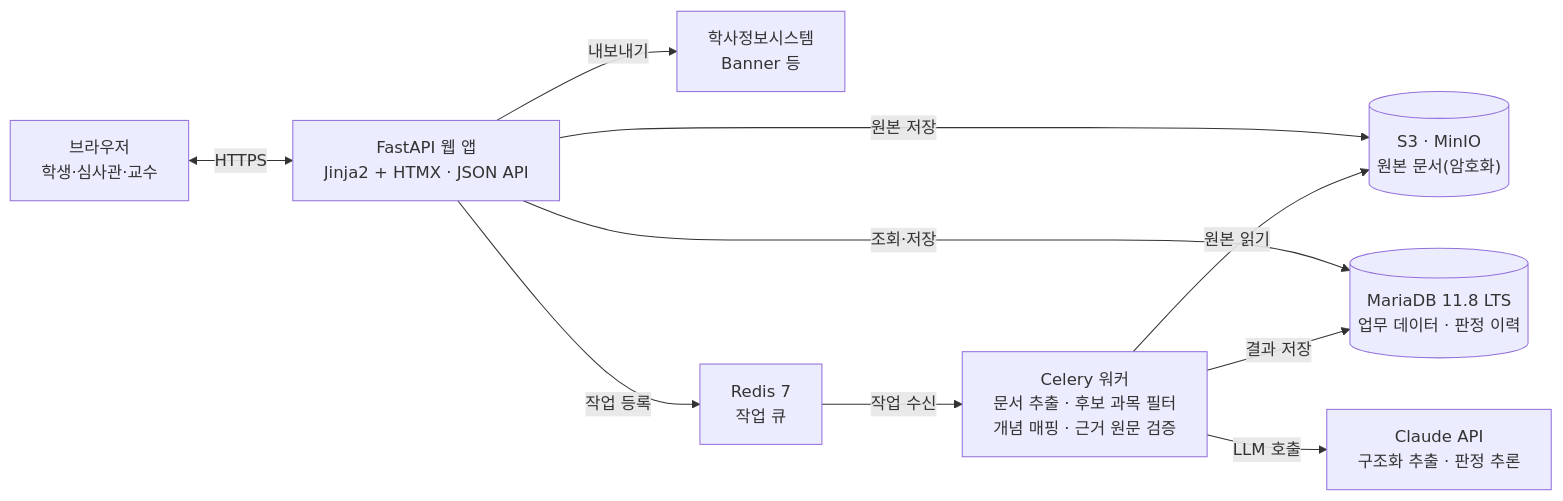
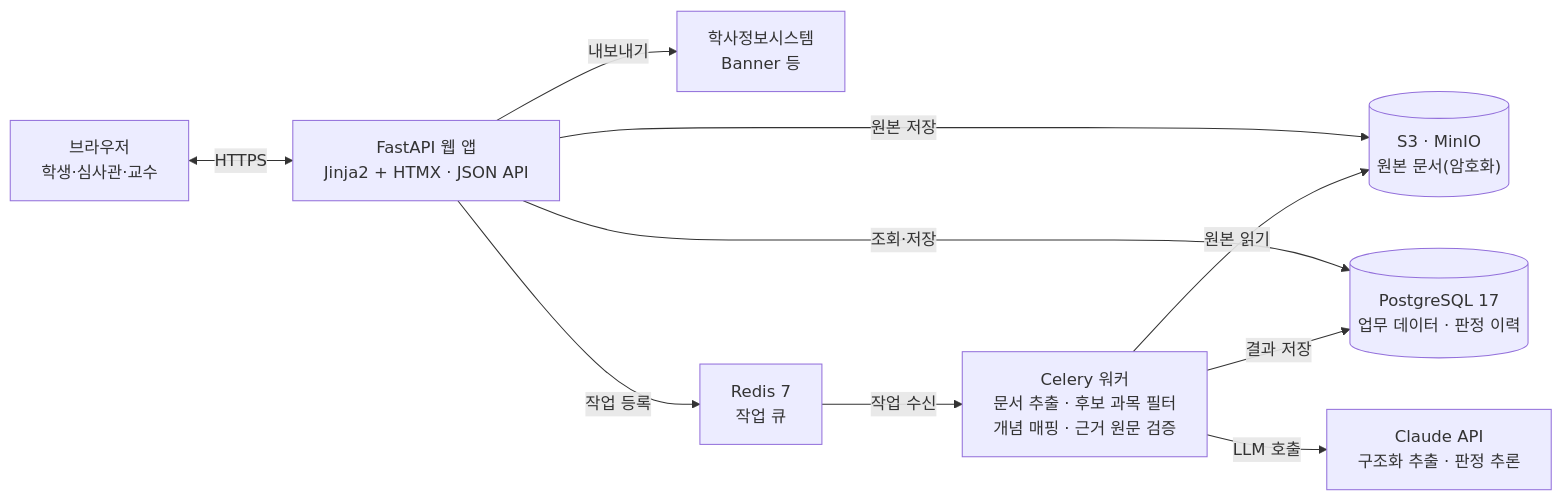
The diagram in docs/spec.md (Hyeonwoo01/CreditBridge_AI), drawn with Mermaid before and after one commit. The commit also changed other lines of this file and 44 other files, not shown here.

First line of the commit message:
DB를 MariaDB에서 PostgreSQL 17로 전환하고 db/init.sql·data.sql 추가

````diff
--- a/docs/spec.md
+++ b/docs/spec.md
@@ -428,12 +428,12 @@
 ```mermaid
 flowchart LR
   B["브라우저<br/>학생·심사관·교수"] <-->|HTTPS| W["FastAPI 웹 앱<br/>Jinja2 + HTMX · JSON API"]
   W -->|내보내기| SIS["학사정보시스템<br/>Banner 등"]
   W -->|원본 저장| S3[("S3 · MinIO<br/>원본 문서(암호화)")]
-  W -->|조회·저장| DB[("MariaDB 11.8 LTS<br/>업무 데이터 · 판정 이력")]
+  W -->|조회·저장| DB[("PostgreSQL 17<br/>업무 데이터 · 판정 이력")]
   W -->|작업 등록| R["Redis 7<br/>작업 큐"]
   R -->|작업 수신| C["Celery 워커<br/>문서 추출 · 후보 과목 필터<br/>개념 매핑 · 근거 원문 검증"]
   C -->|원본 읽기| S3
   C -->|LLM 호출| AI["Claude API<br/>구조화 추출 · 판정 추론"]
   C -->|결과 저장| DB
 ```
````
